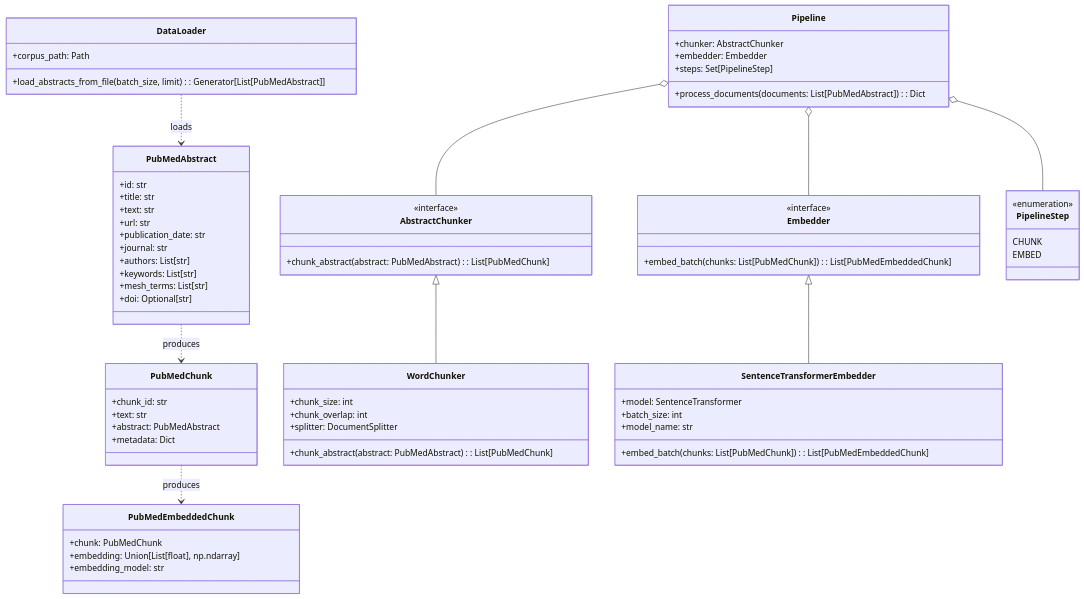
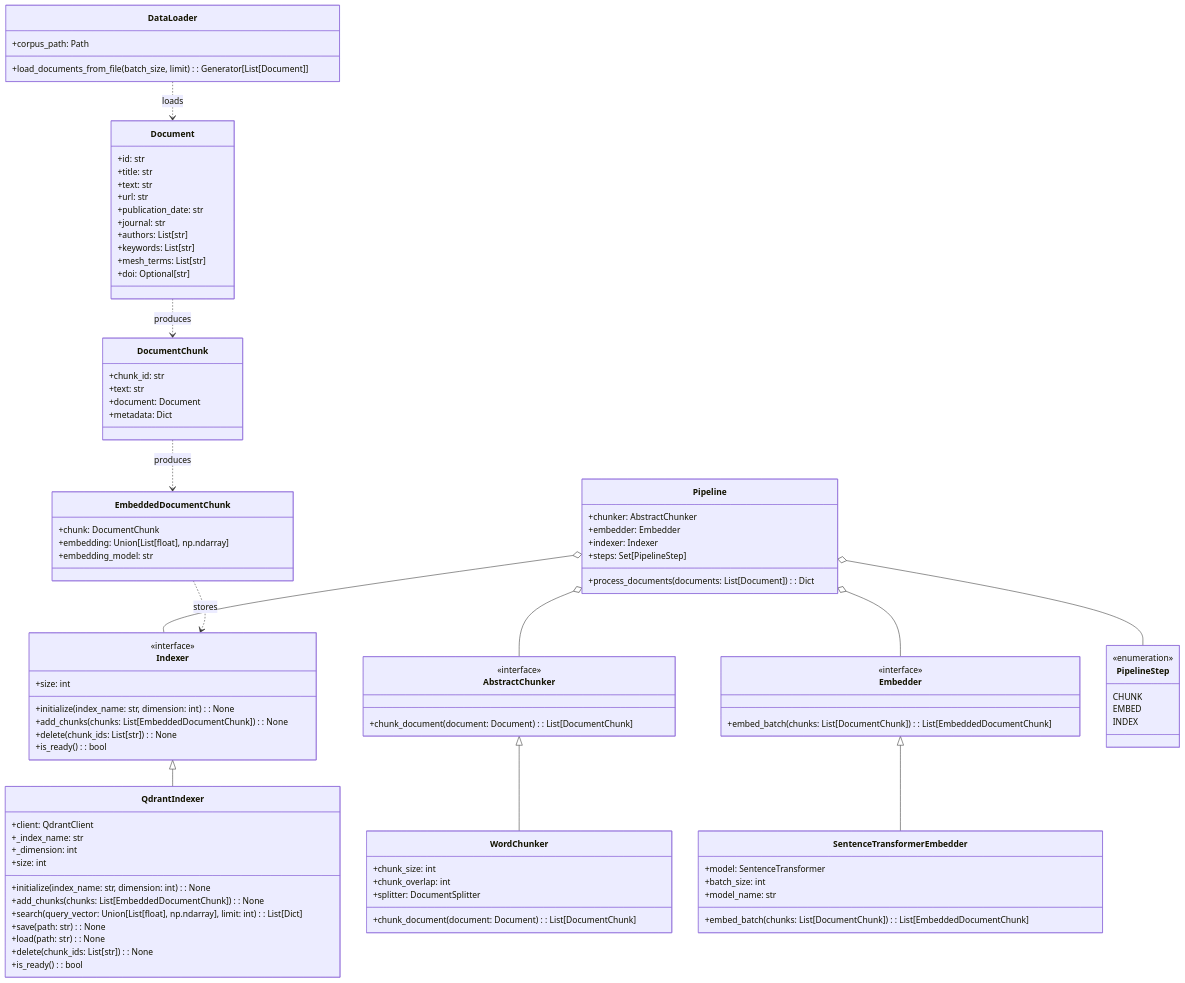
Before and after one commit to MattMorgis/bioasq-rag: the diagram in indexing_pipeline/docs/indexing-architecture.md, drawn with Mermaid. The commit also changed 17 other files, not shown here.

````diff
--- a/indexing_pipeline/docs/indexing-architecture.md
+++ b/indexing_pipeline/docs/indexing-architecture.md
@@ -1,7 +1,7 @@
 ```mermaid
 classDiagram
     %% Data Classes
-    class PubMedAbstract {
+    class Document {
         +id: str
         +title: str
         +text: str
@@ -14,28 +14,38 @@
         +doi: Optional[str]
     }
 
-    class PubMedChunk {
+    class DocumentChunk {
         +chunk_id: str
         +text: str
-        +abstract: PubMedAbstract
+        +document: Document
         +metadata: Dict
     }
 
-    class PubMedEmbeddedChunk {
-        +chunk: PubMedChunk
+    class EmbeddedDocumentChunk {
+        +chunk: DocumentChunk
         +embedding: Union[List[float], np.ndarray]
         +embedding_model: str
     }
 
     %% Interfaces
+    class Indexer {
+        <<interface>>
+        +initialize(index_name: str, dimension: int): None
+        +add_chunks(chunks: List[EmbeddedDocumentChunk]): None
+        +size: int
+        +delete(chunk_ids: List[str]): None
+        +is_ready(): bool
+    }
+
+    %% Interfaces
     class AbstractChunker {
         <<interface>>
-        +chunk_abstract(abstract: PubMedAbstract): List[PubMedChunk]
+        +chunk_document(document: Document): List[DocumentChunk]
     }
 
     class Embedder {
         <<interface>>
-        +embed_batch(chunks: List[PubMedChunk]): List[PubMedEmbeddedChunk]
+        +embed_batch(chunks: List[DocumentChunk]): List[EmbeddedDocumentChunk]
     }
 
     %% Implementations
@@ -43,14 +53,28 @@
         +chunk_size: int
         +chunk_overlap: int
         +splitter: DocumentSplitter
-        +chunk_abstract(abstract: PubMedAbstract): List[PubMedChunk]
+        +chunk_document(document: Document): List[DocumentChunk]
     }
 
     class SentenceTransformerEmbedder {
         +model: SentenceTransformer
         +batch_size: int
         +model_name: str
-        +embed_batch(chunks: List[PubMedChunk]): List[PubMedEmbeddedChunk]
+        +embed_batch(chunks: List[DocumentChunk]): List[EmbeddedDocumentChunk]
+    }
+
+    class QdrantIndexer {
+        +client: QdrantClient
+        +_index_name: str
+        +_dimension: int
+        +initialize(index_name: str, dimension: int): None
+        +add_chunks(chunks: List[EmbeddedDocumentChunk]): None
+        +size: int
+        +search(query_vector: Union[List[float], np.ndarray], limit: int): List[Dict]
+        +save(path: str): None
+        +load(path: str): None
+        +delete(chunk_ids: List[str]): None
+        +is_ready(): bool
     }
 
     %% Pipeline Components
@@ -58,32 +82,37 @@
         <<enumeration>>
         CHUNK
         EMBED
+        INDEX
     }
 
     class DataLoader {
         +corpus_path: Path
-        +load_abstracts_from_file(batch_size, limit): Generator[List[PubMedAbstract]]
+        +load_documents_from_file(batch_size, limit): Generator[List[Document]]
     }
 
     %% Pipeline
     class Pipeline {
         +chunker: AbstractChunker
         +embedder: Embedder
+        +indexer: Indexer
         +steps: Set[PipelineStep]
-        +process_documents(documents: List[PubMedAbstract]): Dict
+        +process_documents(documents: List[Document]): Dict
     }
 
     %% Inheritance
     AbstractChunker <|-- WordChunker
     Embedder <|-- SentenceTransformerEmbedder
+    Indexer <|-- QdrantIndexer
 
     %% Composition
     Pipeline o-- AbstractChunker
     Pipeline o-- Embedder
+    Pipeline o-- Indexer
     Pipeline o-- PipelineStep
 
     %% Relationships
-    PubMedAbstract ..> PubMedChunk : produces
-    PubMedChunk ..> PubMedEmbeddedChunk : produces
-    DataLoader ..> PubMedAbstract : loads
+    Document ..> DocumentChunk : produces
+    DocumentChunk ..> EmbeddedDocumentChunk : produces
+    EmbeddedDocumentChunk ..> Indexer : stores
+    DataLoader ..> Document : loads
 ```
````
